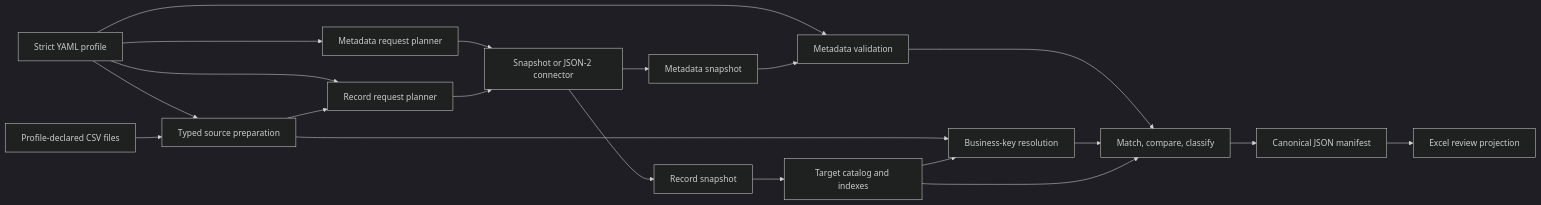
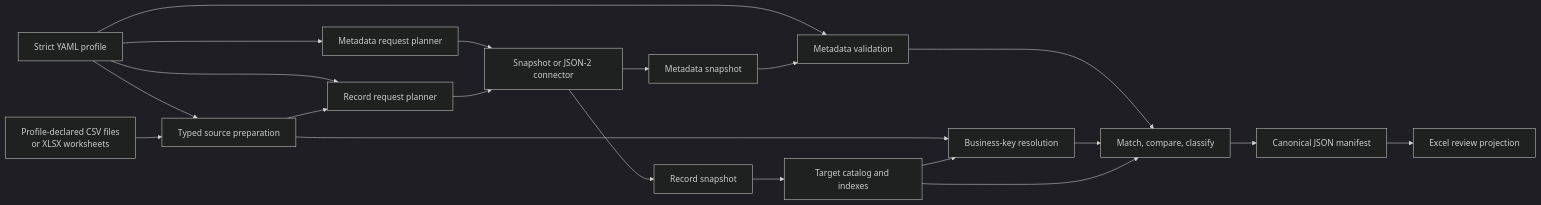
The diagram in docs/architecture/read-only-preflight.md (fderyckel/dev-impodo), drawn with Mermaid (dark theme) before and after one commit. The commit also changed other lines of this file and 20 other files, not shown here.

First line of the commit message:
Add tests for XLSX source preparation and validation

````diff
--- a/docs/architecture/read-only-preflight.md
+++ b/docs/architecture/read-only-preflight.md
@@ -86,37 +91,37 @@
 ```mermaid
 flowchart LR
     Profile["Strict YAML profile"]
-    CSV["Profile-declared CSV files"]
+    Source["Profile-declared CSV files<br/>or XLSX worksheets"]
     Prepare["Typed source preparation"]
     MetaPlan["Metadata request planner"]
     RecordPlan["Record request planner"]
     Read["Snapshot or JSON-2 connector"]
     Metadata["Metadata snapshot"]
     Records["Record snapshot"]
     Validate["Metadata validation"]
     Catalog["Target catalog and indexes"]
     Resolve["Business-key resolution"]
     Compare["Match, compare, classify"]
     Manifest["Canonical JSON manifest"]
     Workbook["Excel review projection"]
 
     Profile --> Prepare
-    CSV --> Prepare
+    Source --> Prepare
     Profile --> MetaPlan
     Profile --> RecordPlan
     Prepare --> RecordPlan
     MetaPlan --> Read
     RecordPlan --> Read
     Read --> Metadata
     Read --> Records
     Profile --> Validate
     Metadata --> Validate
     Records --> Catalog
     Prepare --> Resolve
     Catalog --> Resolve
     Validate --> Compare
     Resolve --> Compare
     Catalog --> Compare
     Compare --> Manifest
     Manifest --> Workbook
 ```
````
